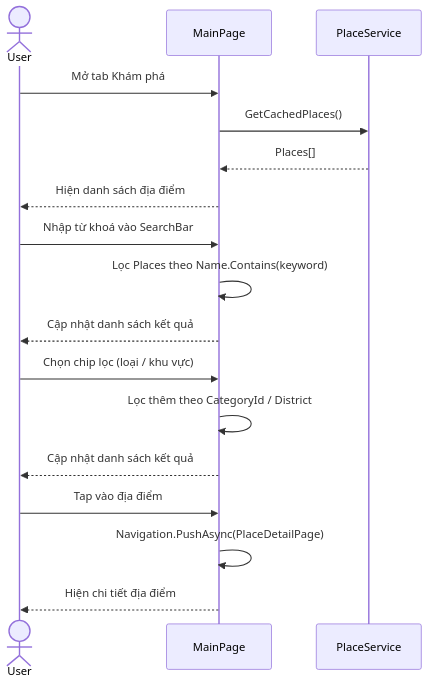
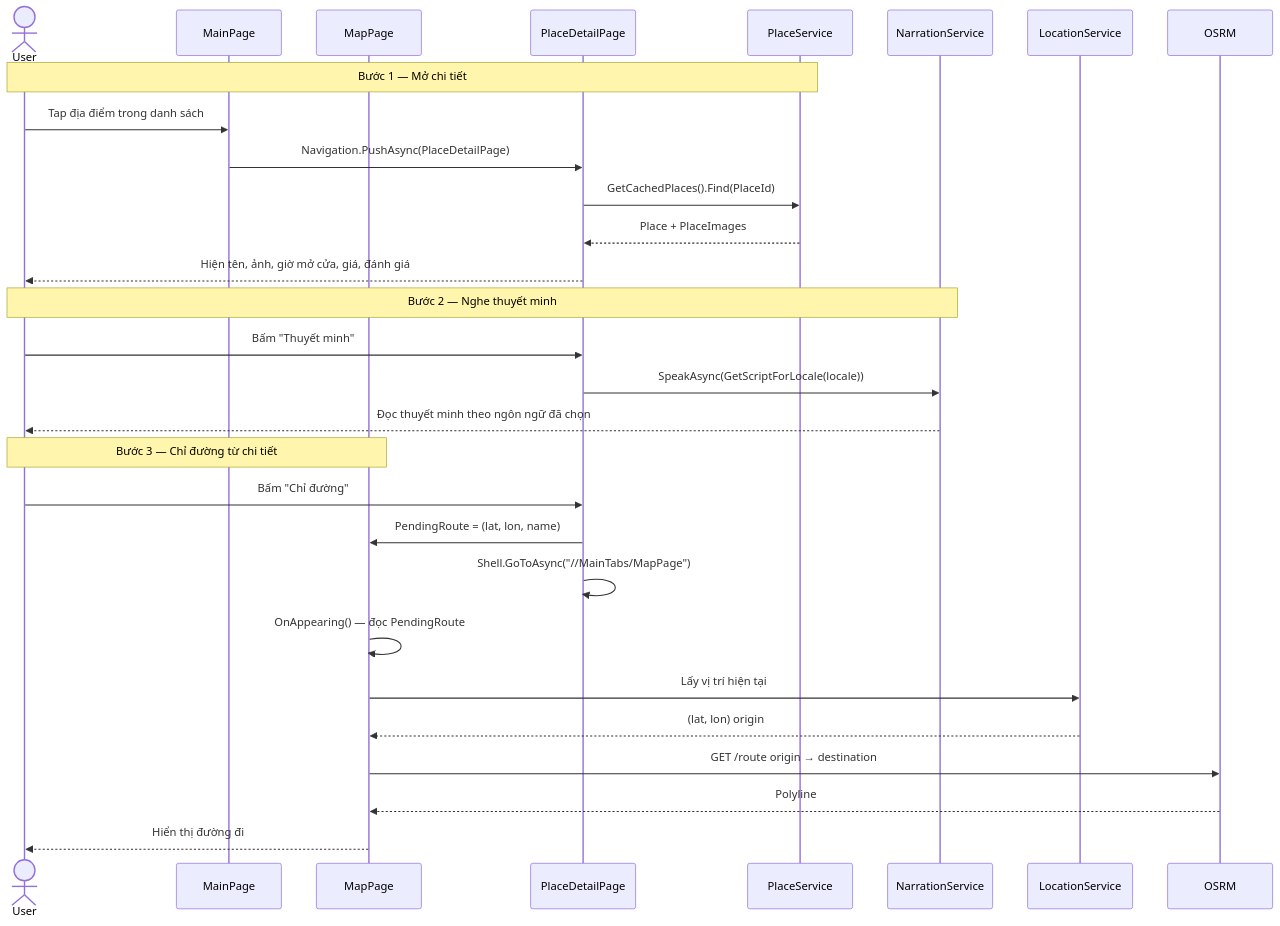
One commit to MTai55/TourguideProjectApp changed diagram 11 of 21 in PRD.md. Above: the diagram before and after it, drawn with Mermaid. The commit also changed other lines of this file, not shown here.

Commit message:
diagrams

````diff
--- a/PRD.md
+++ b/PRD.md
@@ -1296,23 +1265,34 @@
 ```mermaid
 sequenceDiagram
     actor User
     participant MainPage
+    participant MapPage
+    participant PlaceDetailPage
     participant PlaceService
+    participant NarrationService
+    participant LocationService
+    participant OSRM
 
-    User->>MainPage: Mở tab Khám phá
-    MainPage->>PlaceService: GetCachedPlaces()
-    PlaceService-->>MainPage: Places[]
-    MainPage-->>User: Hiện danh sách địa điểm
+    Note over User,PlaceService: Bước 1 — Mở chi tiết
+    User->>MainPage: Tap địa điểm trong danh sách
+    MainPage->>PlaceDetailPage: Navigation.PushAsync(PlaceDetailPage)
+    PlaceDetailPage->>PlaceService: GetCachedPlaces().Find(PlaceId)
+    PlaceService-->>PlaceDetailPage: Place + PlaceImages
+    PlaceDetailPage-->>User: Hiện tên, ảnh, giờ mở cửa, giá, đánh giá
 
-    User->>MainPage: Nhập từ khoá vào SearchBar
-    MainPage->>MainPage: Lọc Places theo Name.Contains(keyword)
-    MainPage-->>User: Cập nhật danh sách kết quả
+    Note over User,NarrationService: Bước 2 — Nghe thuyết minh
+    User->>PlaceDetailPage: Bấm "Thuyết minh"
+    PlaceDetailPage->>NarrationService: SpeakAsync(GetScriptForLocale(locale))
+    NarrationService-->>User: Đọc thuyết minh theo ngôn ngữ đã chọn
 
-    User->>MainPage: Chọn chip lọc (loại / khu vực)
-    MainPage->>MainPage: Lọc thêm theo CategoryId / District
-    MainPage-->>User: Cập nhật danh sách kết quả
-
-    User->>MainPage: Tap vào địa điểm
-    MainPage->>MainPage: Navigation.PushAsync(PlaceDetailPage)
-    MainPage-->>User: Hiện chi tiết địa điểm
+    Note over User,MapPage: Bước 3 — Chỉ đường từ chi tiết
+    User->>PlaceDetailPage: Bấm "Chỉ đường"
+    PlaceDetailPage->>MapPage: PendingRoute = (lat, lon, name)
+    PlaceDetailPage->>PlaceDetailPage: Shell.GoToAsync("//MainTabs/MapPage")
+    MapPage->>MapPage: OnAppearing() — đọc PendingRoute
+    MapPage->>LocationService: Lấy vị trí hiện tại
+    LocationService-->>MapPage: (lat, lon) origin
+    MapPage->>OSRM: GET /route origin → destination
+    OSRM-->>MapPage: Polyline
+    MapPage-->>User: Hiển thị đường đi
 ```
````
